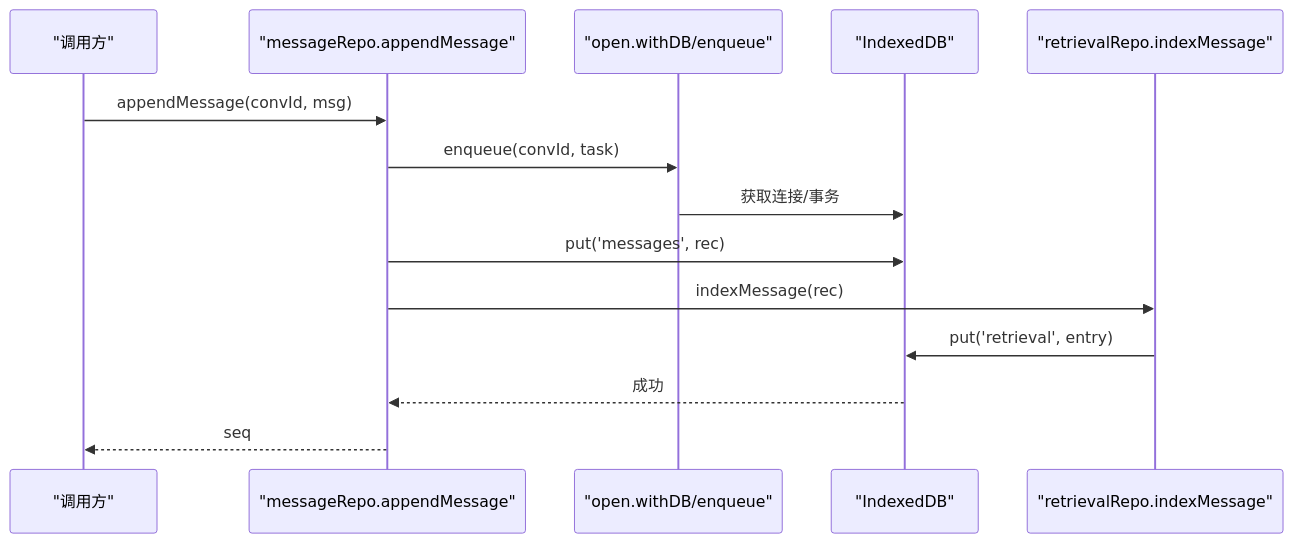
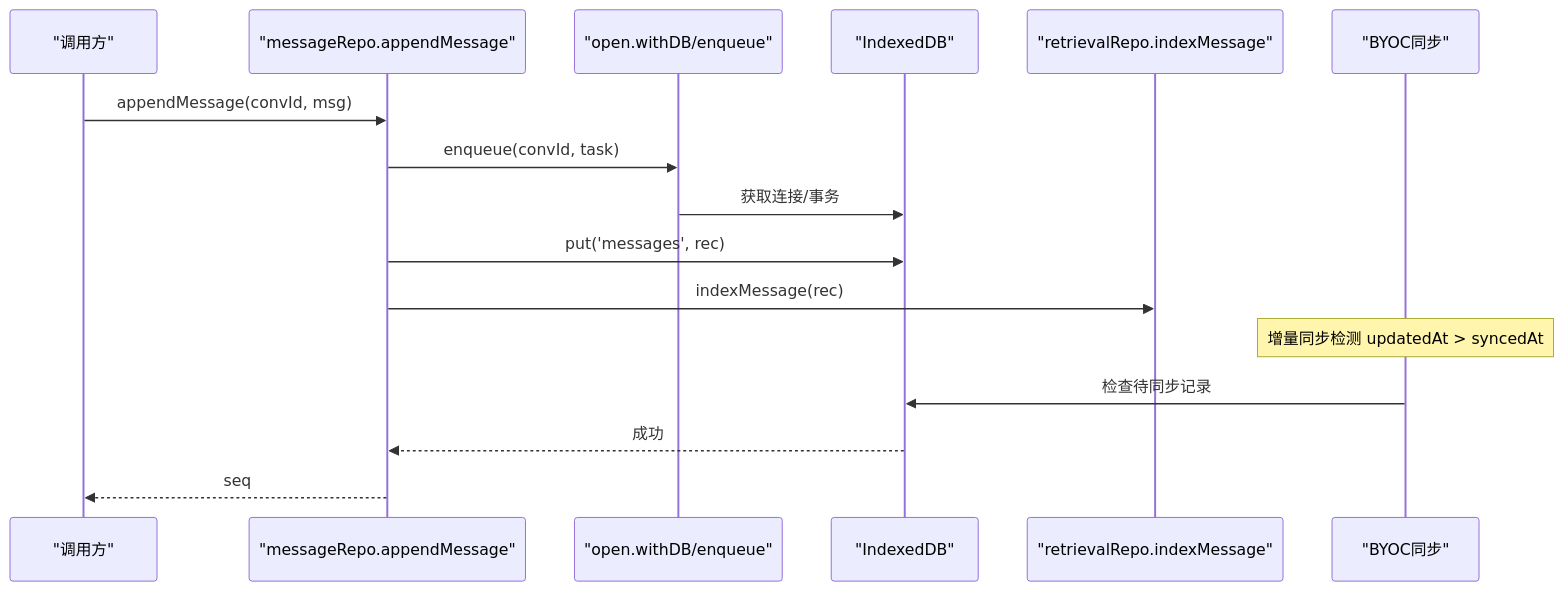
One commit to billye220670/AIShop changed the second of 11 diagrams in .qoder/repowiki/zh/content/数据持久化/数据库层/数据库层.md. Above: the diagram before and after it, drawn with Mermaid. The commit also changed other lines of this file and 42 other files, not shown here.

````diff
--- a/.qoder/repowiki/zh/content/数据持久化/数据库层/数据库层.md
+++ b/.qoder/repowiki/zh/content/数据持久化/数据库层/数据库层.md
@@ -101,16 +118,18 @@
 ```mermaid
 sequenceDiagram
 participant UI as "调用方"
 participant Repo as "messageRepo.appendMessage"
 participant Open as "open.withDB/enqueue"
 participant IDB as "IndexedDB"
 participant Ret as "retrievalRepo.indexMessage"
+participant Sync as "BYOC同步"
 UI->>Repo : appendMessage(convId, msg)
 Repo->>Open : enqueue(convId, task)
 Open->>IDB : 获取连接/事务
 Repo->>IDB : put('messages', rec)
 Repo->>Ret : indexMessage(rec)
-Ret->>IDB : put('retrieval', entry)
+Note over Sync : 增量同步检测 updatedAt > syncedAt
+Sync->>IDB : 检查待同步记录
 IDB-->>Repo : 成功
 Repo-->>UI : seq
 ```
````
